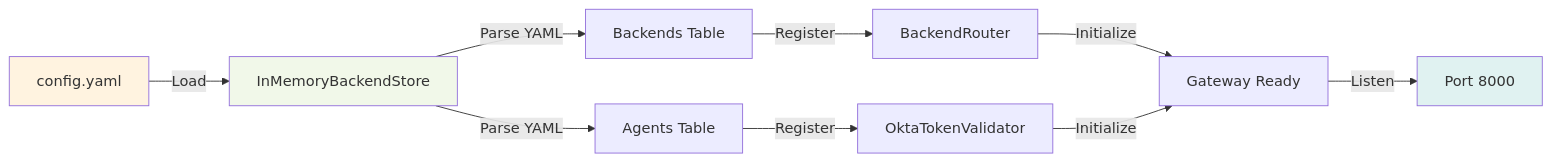
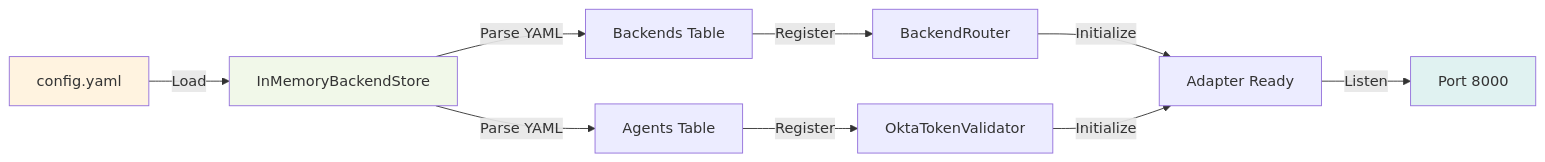
One commit to indranilokg/okta-agent-mcp-adapter changed the fourth of 4 diagrams in GATEWAY_ARCHITECTURE.md. Above: the diagram before and after it, drawn with Mermaid. The commit also changed other lines of this file and 2 other files, not shown here.

Commit message:
Sequence Flow

````diff
--- a/GATEWAY_ARCHITECTURE.md
+++ b/GATEWAY_ARCHITECTURE.md
@@ -266,14 +265,14 @@
 ```mermaid
 graph LR
     A["config.yaml"] -->|Load| B["InMemoryBackendStore"]
     B -->|Parse YAML| C["Backends Table"]
     B -->|Parse YAML| D["Agents Table"]
     C -->|Register| E["BackendRouter"]
     D -->|Register| F["OktaTokenValidator"]
-    E & F -->|Initialize| G["Gateway Ready"]
+    E & F -->|Initialize| G["Adapter Ready"]
     G -->|Listen| H["Port 8000"]
 
     style A fill:#fff3e0
     style B fill:#f1f8e9
     style H fill:#e0f2f1
 ```
````
